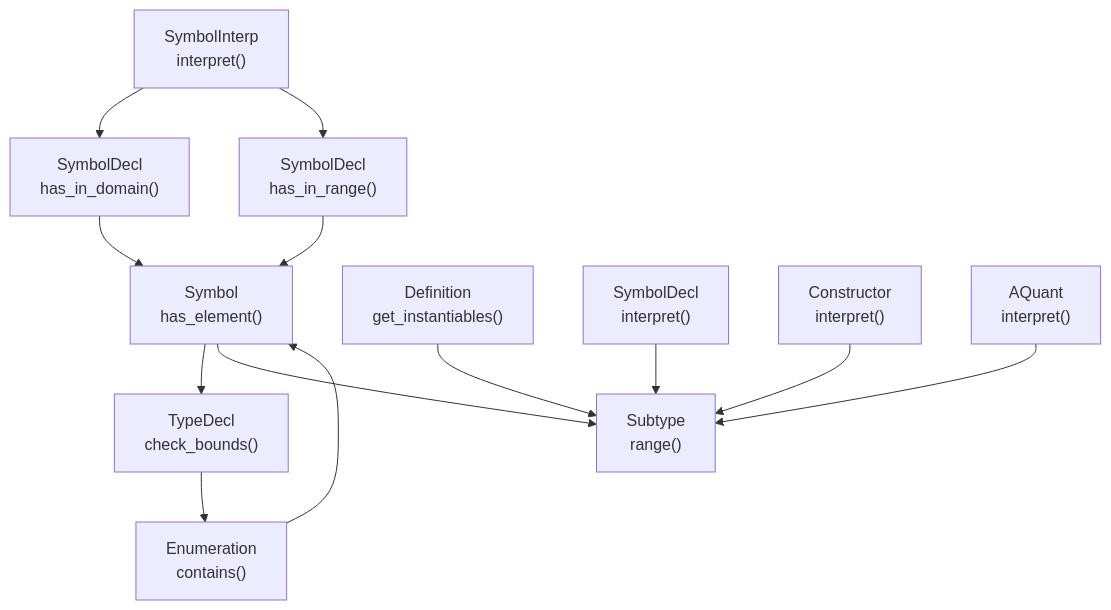
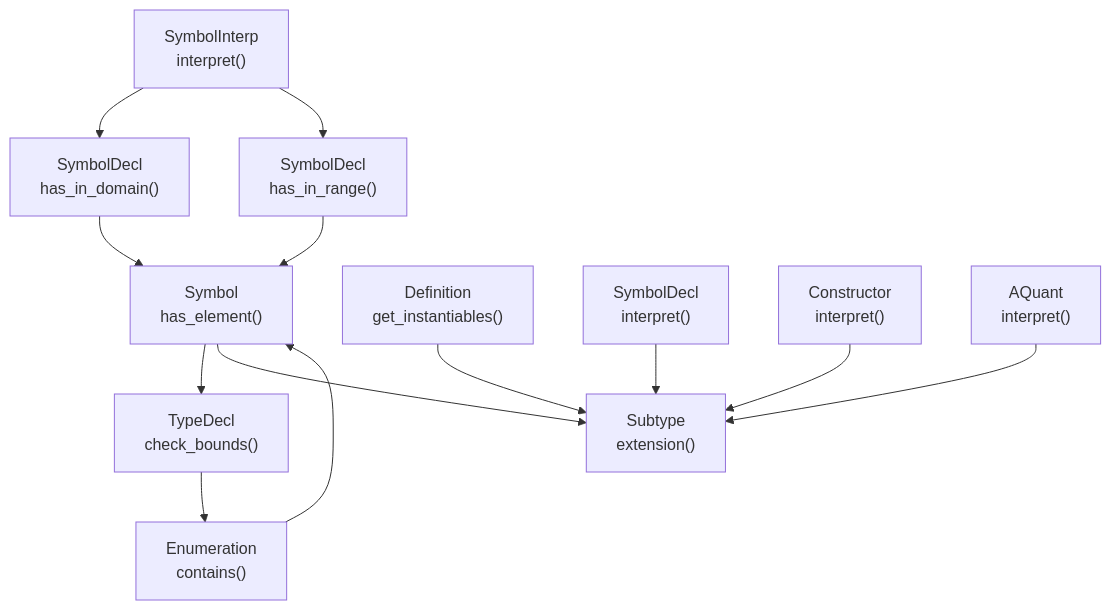
The diagram in docs/zettlr/Partial function.md (Sobhangh/IDP-Z3), drawn with Mermaid before and after one commit. The commit also changed other lines of this file and 6 other files, not shown here.

Commit message:
replace Subtype.range by .extension

````diff
--- a/docs/zettlr/Partial function.md
+++ b/docs/zettlr/Partial function.md
@@ -15,14 +15,14 @@
 ```mermaid
 flowchart TD
 	Symbol_has_element["Symbol<br/>has_element()"] --> TypeDecl_check_bounds["TypeDecl<br/>check_bounds()"] --> Enumeration_contains["Enumeration<br/>contains()"];
 	SymbolInterpretation_interpret["SymbolInterp<br/>interpret()"] --> SymbolDeclaration_has_in_domain["SymbolDecl<br/>has_in_domain()"];
 	SymbolInterpretation_interpret --> SymbolDeclaration_has_in_range["SymbolDecl<br/>has_in_range()"];
 	SymbolDeclaration_has_in_domain --> Symbol_has_element;
 	SymbolDeclaration_has_in_range --> Symbol_has_element;
 	Enumeration_contains --> Symbol_has_element;
-	Definition_get_instantiables["Definition<br/>get_instantiables()"] --> Subtype_range["Subtype<br/>range()"];
-	Symbol_has_element --> Subtype_range;
-	SymbolDeclaration_interpret["SymbolDecl<br/>interpret()"] --> Subtype_range;
-	Constructor_interpret["Constructor<br/>interpret()"] --> Subtype_range;
-	AQuantification_interpret["AQuant<br/>interpret()"] --> Subtype_range;
+	Definition_get_instantiables["Definition<br/>get_instantiables()"] --> Subtype_extension["Subtype<br/>extension()"];
+	Symbol_has_element --> Subtype_extension;
+	SymbolDeclaration_interpret["SymbolDecl<br/>interpret()"] --> Subtype_extension;
+	Constructor_interpret["Constructor<br/>interpret()"] --> Subtype_extension;
+	AQuantification_interpret["AQuant<br/>interpret()"] --> Subtype_extension;
 ```
````
